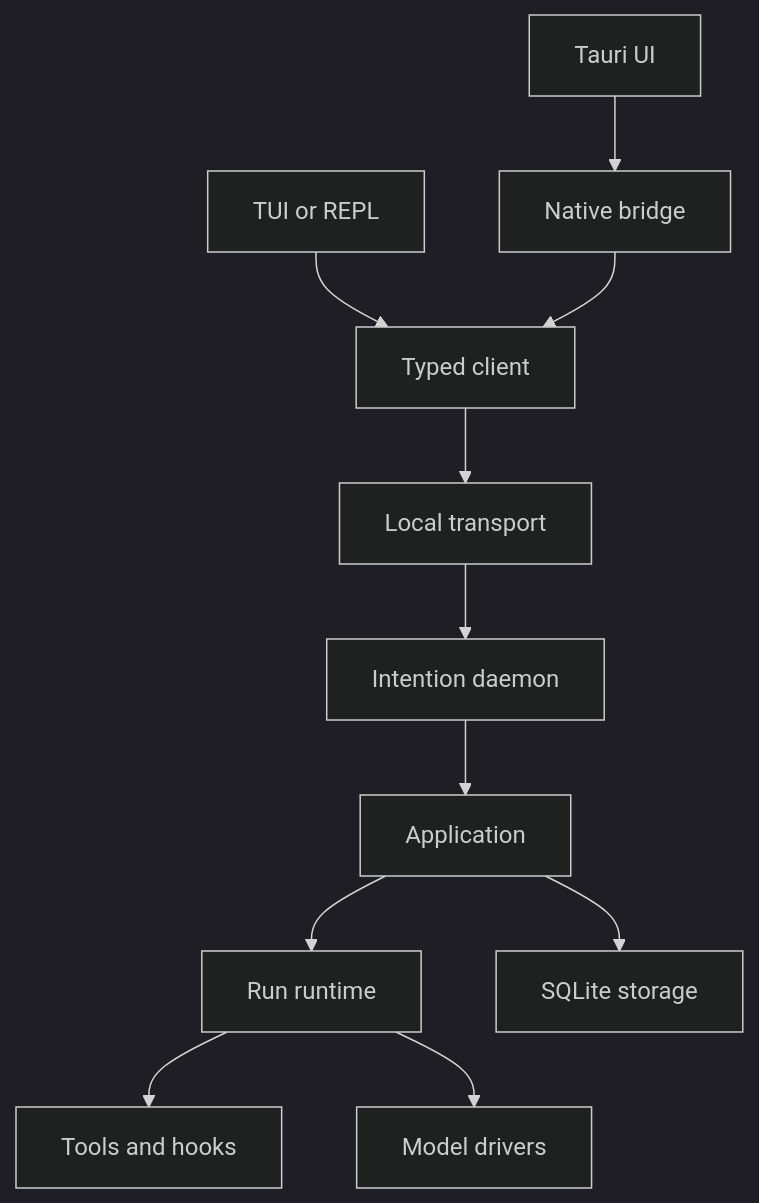
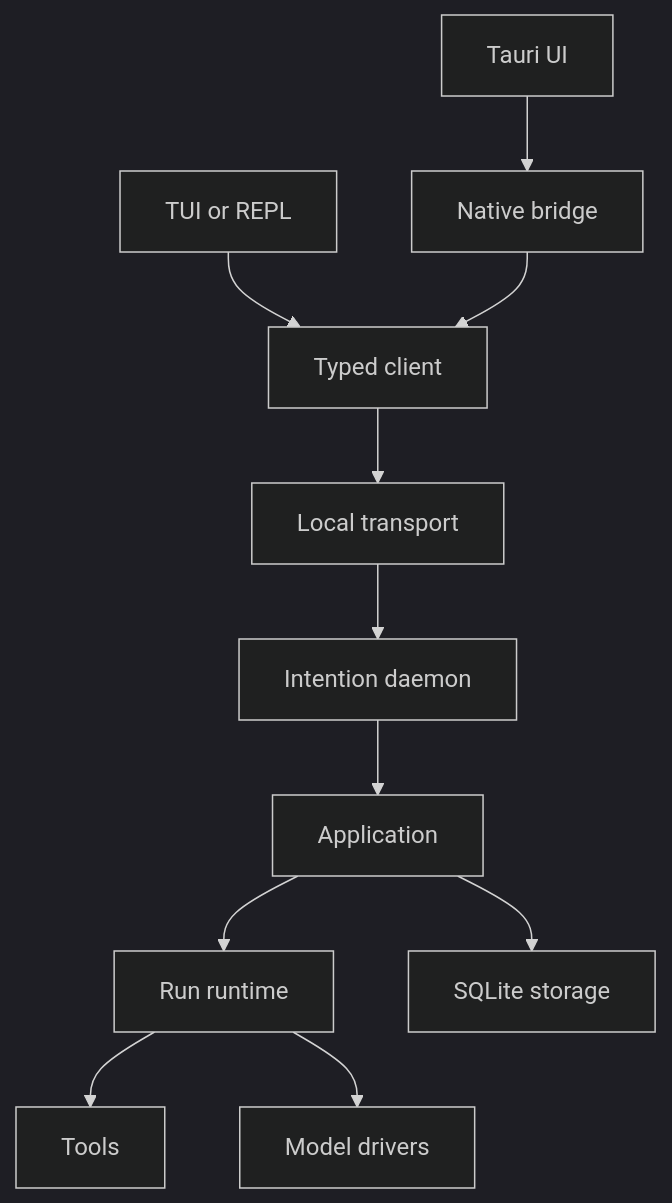
The first of 2 diagrams in docs/intention-relay/architecture/README.md (y0tsy/intention-relay), drawn with Mermaid (dark theme) before and after one commit. The commit also changed other lines of this file and 15 other files, not shown here.

First line of the commit message:
docs: align the architecture documents with the hook-plane removal

````diff
--- a/docs/intention-relay/architecture/README.md
+++ b/docs/intention-relay/architecture/README.md
@@ -21,13 +21,13 @@
 ```mermaid
 flowchart TD
   UI[Tauri UI] --> BR[Native bridge]
   TUI[TUI or REPL] --> CL[Typed client]
   BR --> CL
   CL --> TR[Local transport]
   TR --> DM[Intention daemon]
   DM --> AP[Application]
   AP --> RT[Run runtime]
   AP --> ST[SQLite storage]
-  RT --> TL[Tools and hooks]
+  RT --> TL[Tools]
   RT --> MD[Model drivers]
 ```
````
